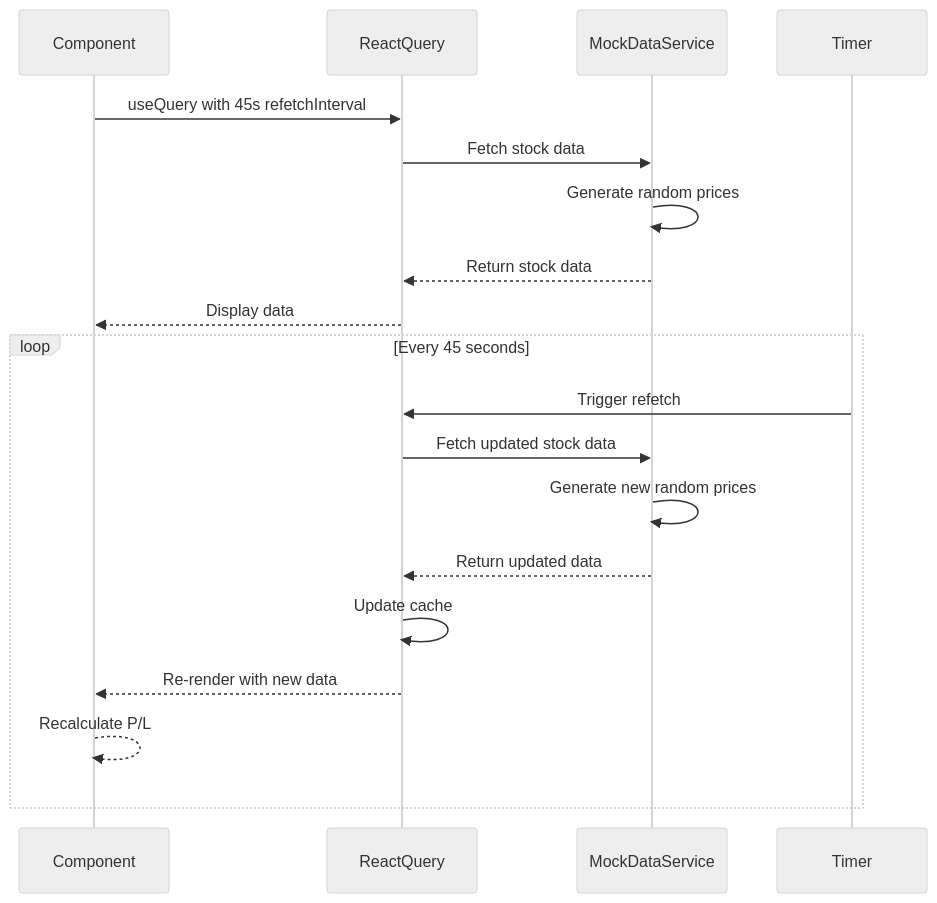
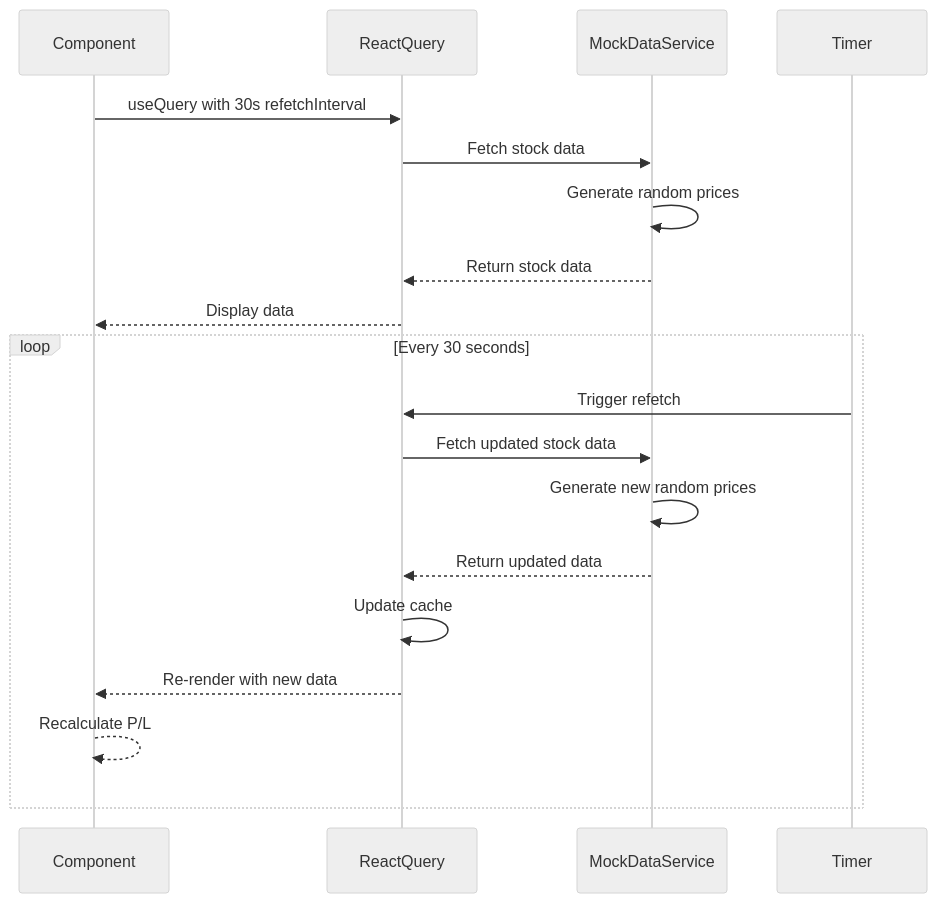
The third of 5 diagrams in docs/sequence-diagrams.md (shubhamsp012/wallet-stock-quest), drawn with Mermaid (neutral theme) before and after one commit. The commit also changed 5 other files, not shown here.

Commit message:
Add UML diagrams

````diff
--- a/docs/sequence-diagrams.md
+++ b/docs/sequence-diagrams.md
@@ -60,23 +60,23 @@
 ```mermaid
 sequenceDiagram
     participant Component
     participant ReactQuery
     participant MockDataService
     participant Timer
     
-    Component->>ReactQuery: useQuery with 45s refetchInterval
+    Component->>ReactQuery: useQuery with 30s refetchInterval
     ReactQuery->>MockDataService: Fetch stock data
     MockDataService->>MockDataService: Generate random prices
     MockDataService-->>ReactQuery: Return stock data
     ReactQuery-->>Component: Display data
     
-    loop Every 45 seconds
+    loop Every 30 seconds
         Timer->>ReactQuery: Trigger refetch
         ReactQuery->>MockDataService: Fetch updated stock data
         MockDataService->>MockDataService: Generate new random prices
         MockDataService-->>ReactQuery: Return updated data
         ReactQuery->>ReactQuery: Update cache
         ReactQuery-->>Component: Re-render with new data
         Component-->>Component: Recalculate P/L
     end
 ```
````
